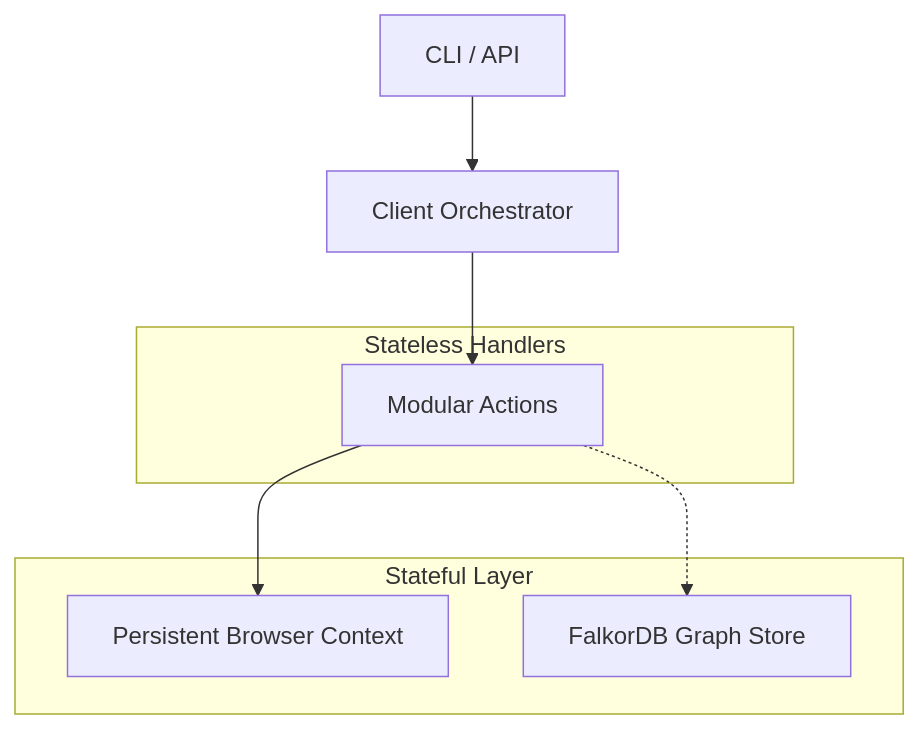
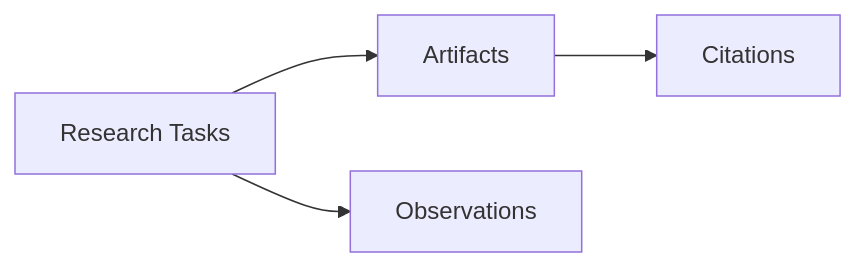
One commit to simik394/osobni_wf changed the second of 3 diagrams in agents/rsrch/docs/dashboard.qmd. Above: the diagram before and after it, drawn with Mermaid. The commit also changed other lines of this file and 5 other files, not shown here.

Commit message:
feat(dashboard): finalize Mission Control v4.0 with high-contrast diagrams and responsive valueboxes

````diff
--- a/agents/rsrch/docs/dashboard.qmd
+++ b/agents/rsrch/docs/dashboard.qmd
@@ -72,17 +138,6 @@
 ```{mermaid}
-graph TD
-    CLI[CLI / API] --> Client[Client Orchestrator]
-    Client --> Actions[Modular Actions]
-    Actions --> Browser[Persistent Browser Context]
-    
-    subgraph "Stateless Handlers"
-        Actions
-    end
-    
-    subgraph "Stateful Layer"
-        Browser
-        Graph[FalkorDB Graph Store]
-    end
-    
-    Actions -.-> Graph
+graph LR
+    RT[Research Tasks] --> A[Artifacts]
+    A[Artifacts] --> C[Citations]
+    RT[Research Tasks] --> O[Observations]
 ```
````
